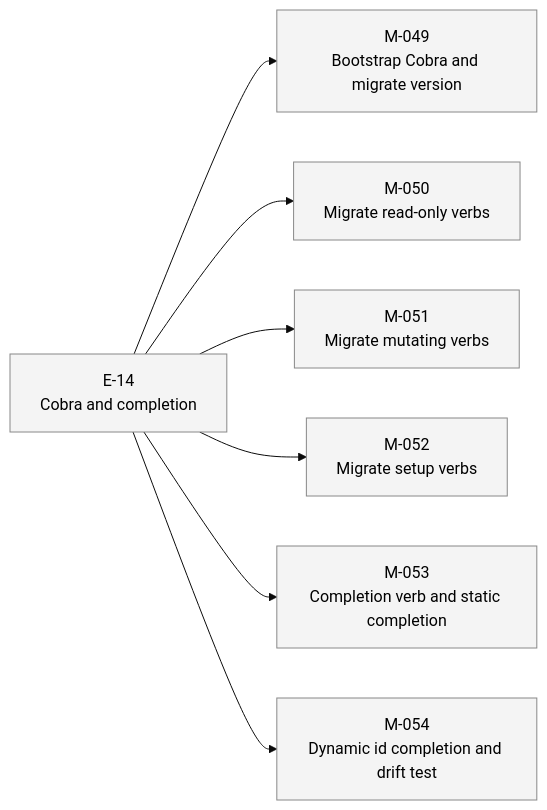
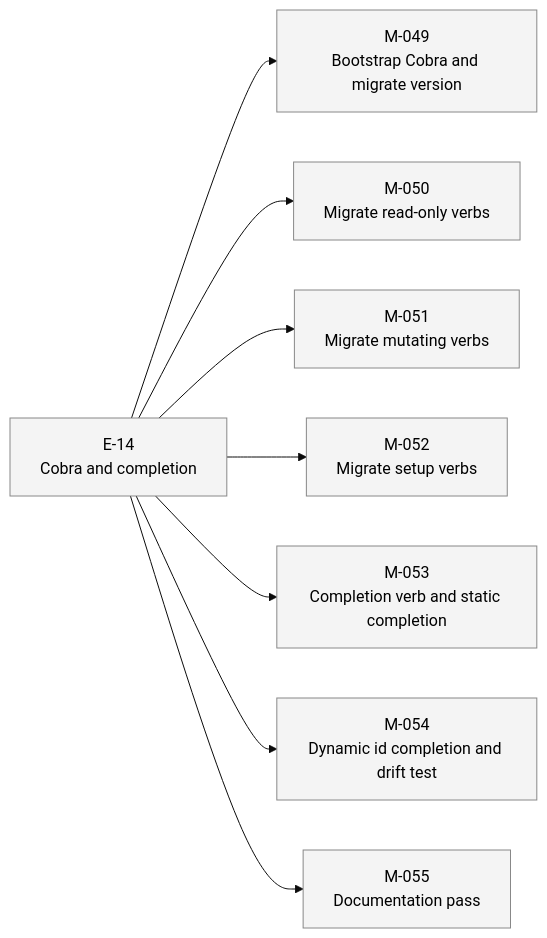
One commit to 23min/aiwf changed the second of 2 diagrams in STATUS.md. Above: the diagram before and after it, drawn with Mermaid (base theme). The commit also changed other lines of this file and 1 other file, not shown here.

First line of the commit message:
aiwf add milestone M-055 "Documentation pass"

````diff
--- a/STATUS.md
+++ b/STATUS.md
@@ -37,22 +38,24 @@
 ```mermaid
 flowchart LR
   E_14["E-14<br/>Cobra and completion"]:::epic_proposed
   M_049["M-049<br/>Bootstrap Cobra and migrate version"]:::ms_draft
   E_14 --> M_049
   M_050["M-050<br/>Migrate read-only verbs"]:::ms_draft
   E_14 --> M_050
   M_051["M-051<br/>Migrate mutating verbs"]:::ms_draft
   E_14 --> M_051
   M_052["M-052<br/>Migrate setup verbs"]:::ms_draft
   E_14 --> M_052
   M_053["M-053<br/>Completion verb and static completion"]:::ms_draft
   E_14 --> M_053
   M_054["M-054<br/>Dynamic id completion and drift test"]:::ms_draft
   E_14 --> M_054
+  M_055["M-055<br/>Documentation pass"]:::ms_draft
+  E_14 --> M_055
   classDef epic_active fill:#d6eaff,stroke:#1a73e8,color:#000
   classDef epic_proposed fill:#f4f4f4,stroke:#888,color:#000
   classDef ms_done fill:#d8f5d8,stroke:#2a8a2a,color:#000
   classDef ms_in_progress fill:#fff3c4,stroke:#caa400,color:#000
   classDef ms_draft fill:#f4f4f4,stroke:#888,color:#000
   classDef ms_cancelled fill:#fbeaea,stroke:#c33,color:#000
 ```
````
